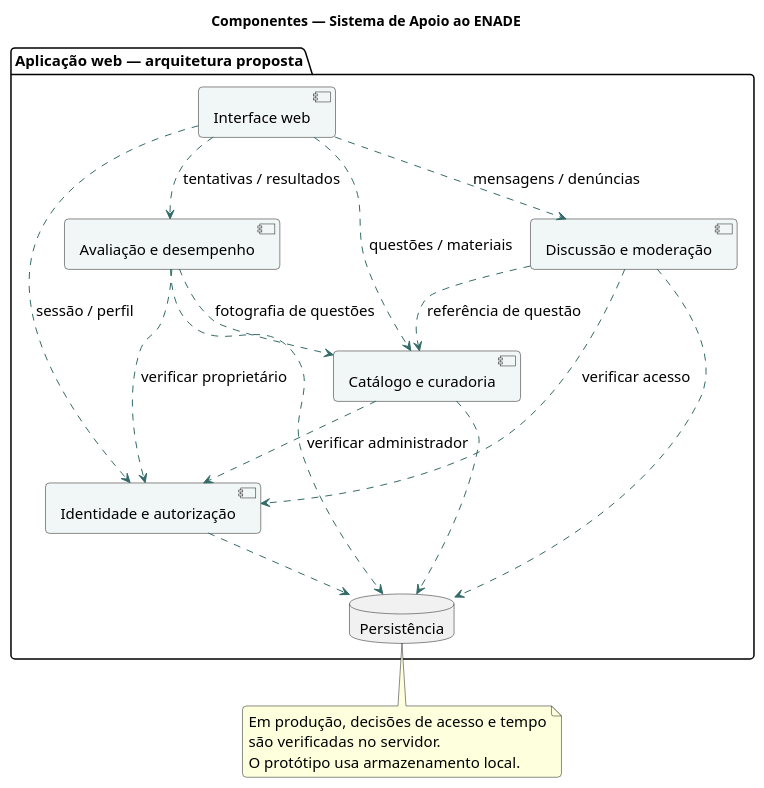
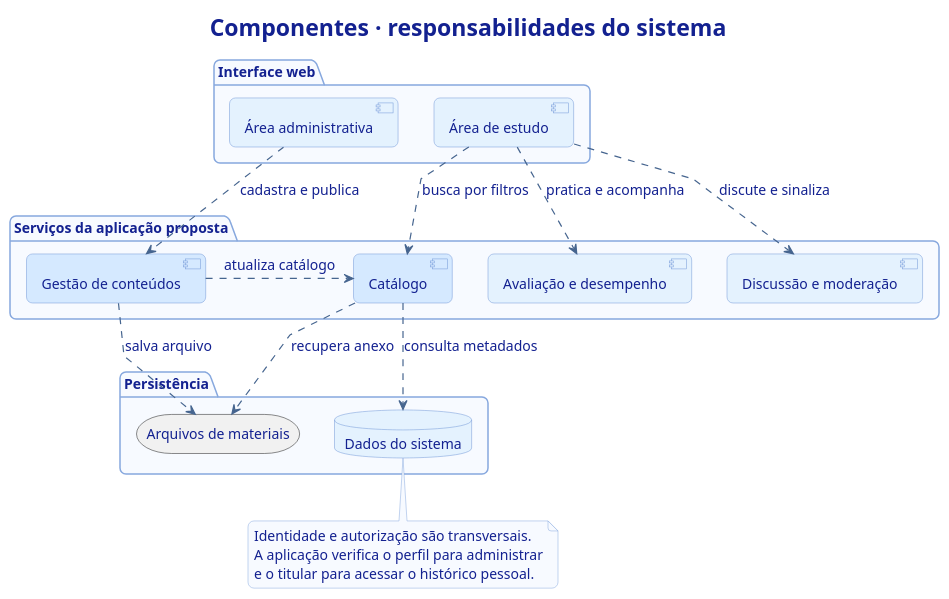
Before and after one commit to SamirMaia91/requisitos-20262--grupo2: the diagram in Requisitos/Artefatos/SistemaApoioENADE/UML/Componentes.puml, drawn with PlantUML. The commit also changed 71 other files, not shown here.

Commit message:
Aprimora a modelagem e o protótipo ENADE

```diff
--- a/Requisitos/Artefatos/SistemaApoioENADE/UML/Componentes.puml
+++ b/Requisitos/Artefatos/SistemaApoioENADE/UML/Componentes.puml
@@ -1,41 +1,78 @@
 @startuml
 skinparam backgroundColor #FFFFFF
-skinparam defaultFontName SansSerif
-skinparam defaultFontSize 15
+skinparam defaultFontName Arial
+skinparam defaultFontSize 14
+skinparam defaultFontColor #132190
+skinparam titleFontColor #132190
+skinparam titleFontSize 23
 skinparam shadowing false
-skinparam ArrowColor #346B68
+skinparam ArrowColor #46658F
+skinparam ArrowThickness 1.2
+skinparam roundcorner 12
+skinparam BorderColor #87A8DE
+skinparam actorBorderColor #132190
+skinparam actorFontColor #132190
+skinparam actorBackgroundColor #E4F2FE
+skinparam packageBorderColor #87A8DE
+skinparam packageBackgroundColor #F7FAFF
+skinparam rectangleBorderColor #87A8DE
+skinparam rectangleBackgroundColor #FFFFFF
+skinparam usecaseBorderColor #7096D6
+skinparam usecaseBackgroundColor #E4F2FE
+skinparam classBackgroundColor #F4F8FE
+skinparam classBorderColor #7096D6
+skinparam componentBackgroundColor #E4F2FE
+skinparam componentBorderColor #7096D6
+skinparam nodeBackgroundColor #F4F8FE
+skinparam nodeBorderColor #7096D6
+skinparam databaseBackgroundColor #E4F2FE
+skinparam databaseBorderColor #7096D6
+skinparam noteBackgroundColor #F7FAFF
+skinparam noteBorderColor #87A8DE
+skinparam sequenceGroupBorderColor #87A8DE
+skinparam sequenceGroupBackgroundColor #E4F2FE
+skinparam sequenceLifeLineBorderColor #87A8DE
+skinparam sequenceParticipantBorderColor #7096D6
+skinparam sequenceParticipantBackgroundColor #E4F2FE
+skinparam sequenceMessageAlign center
+skinparam activityBackgroundColor #E4F2FE
+skinparam activityBorderColor #7096D6
+skinparam activityDiamondBackgroundColor #F4F8FE
+skinparam activityDiamondBorderColor #7096D6
+skinparam activityStartColor #004AF7
+skinparam activityEndColor #132190
+title Componentes · responsabilidades do sistema
 skinparam componentStyle uml2
-skinparam roundcorner 8
-skinparam classBackgroundColor #F1F7F6
-skinparam usecaseBackgroundColor #F1F7F6
-skinparam componentBackgroundColor #F1F7F6
-skinparam nodeBackgroundColor #F1F7F6
-skinparam sequenceMessageAlign center
-title Componentes — Sistema de Apoio ao ENADE
-package "Aplicação web — arquitetura proposta" {
- [Interface web] as UI
- [Identidade e autorização] as ID
- [Catálogo e curadoria] as CAT
- [Avaliação e desempenho] as AV
- [Discussão e moderação] as FOR
- database "Persistência" as DB
- UI ..> ID : sessão / perfil
- UI ..> CAT : questões / materiais
- UI ..> AV : tentativas / resultados
- UI ..> FOR : mensagens / denúncias
- CAT ..> ID : verificar administrador
- AV ..> ID : verificar proprietário
- FOR ..> ID : verificar acesso
- AV ..> CAT : fotografia de questões
- FOR ..> CAT : referência de questão
- ID ..> DB
- CAT ..> DB
- AV ..> DB
- FOR ..> DB
+skinparam linetype polyline
+package "Interface web" {
+ [Área administrativa] as ADM
+ [Área de estudo] as EST
+ ADM -[hidden]right-> EST
 }
-note bottom of DB
-Em produção, decisões de acesso e tempo
-são verificadas no servidor.
-O protótipo usa armazenamento local.
+package "Serviços da aplicação proposta" {
+ [Gestão de conteúdos] as GEST #D5E9FF
+ [Catálogo] as CAT #D5E9FF
+ [Avaliação e desempenho] as AVAL
+ [Discussão e moderação] as MOD
+ GEST .right.> CAT : atualiza catálogo
+ CAT -[hidden]right-> AVAL
+ AVAL -[hidden]right-> MOD
+}
+package "Persistência" {
+ database "Dados do sistema" as DADOS
+ storage "Arquivos de materiais" as FILES
+ FILES -[hidden]right-> DADOS
+}
+ADM .down.> GEST : cadastra e publica
+EST .down.> CAT : busca por filtros
+EST .down.> AVAL : pratica e acompanha
+EST .down.> MOD : discute e sinaliza
+GEST .down.> FILES : salva arquivo
+CAT .down.> FILES : recupera anexo
+CAT .down.> DADOS : consulta metadados
+note bottom of DADOS
+Identidade e autorização são transversais.
+A aplicação verifica o perfil para administrar
+e o titular para acessar o histórico pessoal.
 end note
 @enduml
```
